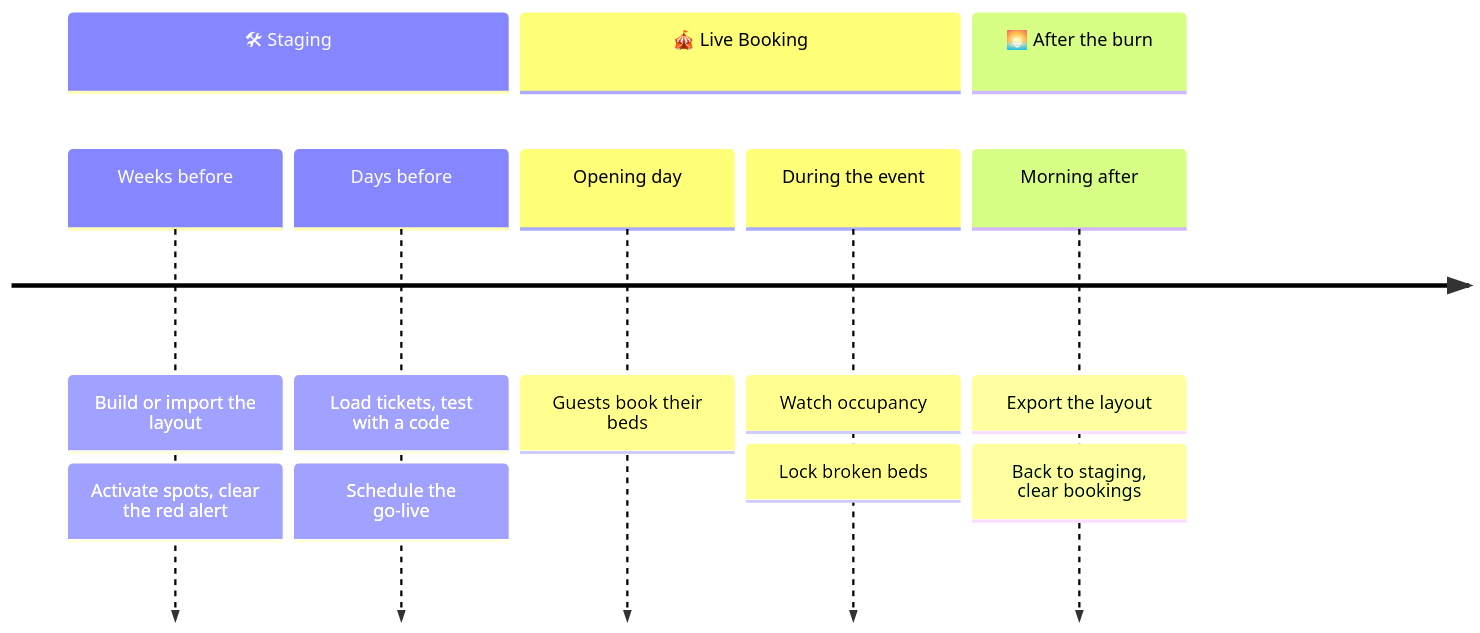
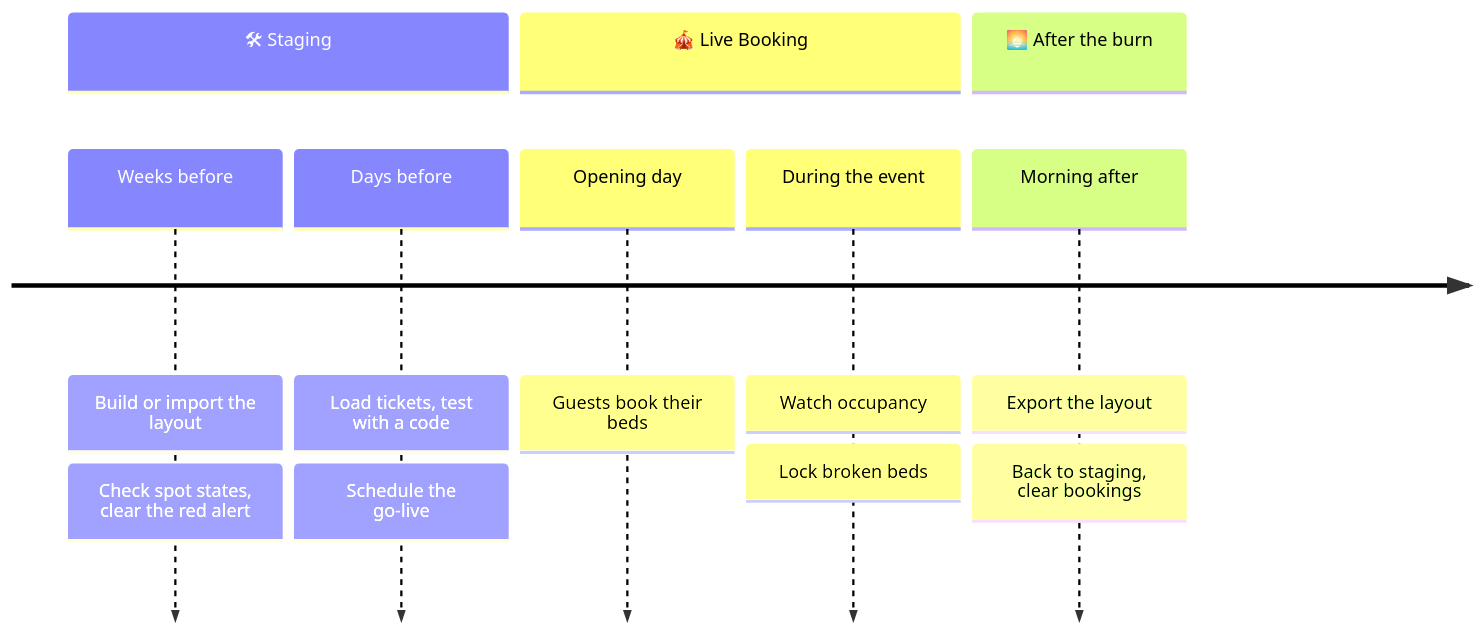
One commit to MorpheusMXML/hamburn-cozynights changed the diagram in docs/admin/event-checklist.md. Above: the diagram before and after it, drawn with Mermaid. The commit also changed other lines of this file and 6 other files, not shown here.

````diff
--- a/docs/admin/event-checklist.md
+++ b/docs/admin/event-checklist.md
@@ -5,11 +5,11 @@
 ```mermaid
 timeline
   section 🛠 Staging
-    Weeks before : Build or import the layout : Activate spots, clear the red alert
+    Weeks before : Build or import the layout : Check spot states, clear the red alert
     Days before : Load tickets, test with a code : Schedule the go-live
   section 🎪 Live Booking
     Opening day : Guests book their beds
     During the event : Watch occupancy : Lock broken beds
   section 🌅 After the burn
     Morning after : Export the layout : Back to staging, clear bookings
 ```
````
